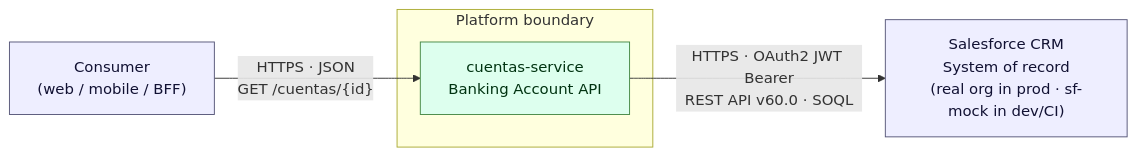
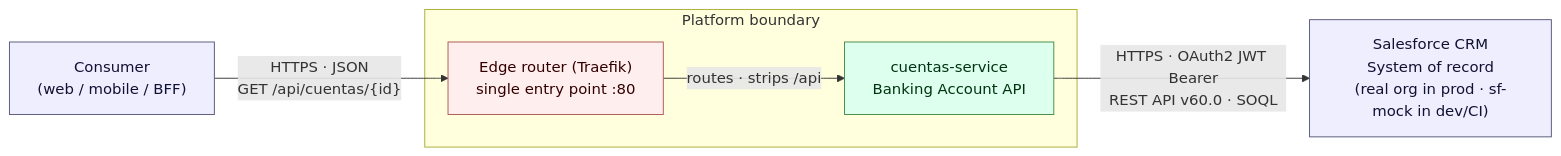
Before and after one commit to pag6606/mock-services-sf: the first of 10 diagrams in docs/architecture.md, drawn with Mermaid. The commit also changed other lines of this file and 5 other files, not shown here.

First line of the commit message:
feat: añadir Traefik como edge router y documentar la topología

````diff
--- a/docs/architecture.md
+++ b/docs/architecture.md
@@ -43,16 +49,20 @@
 ```mermaid
 flowchart LR
     consumer["Consumer<br/>(web / mobile / BFF)"]
     subgraph platform["Platform boundary"]
+        gw["Edge router (Traefik)<br/>single entry point :80"]
         cuentas["cuentas-service<br/>Banking Account API"]
+        gw -->|"routes · strips /api"| cuentas
     end
     crm["Salesforce CRM<br/>System of record<br/>(real org in prod · sf-mock in dev/CI)"]
 
-    consumer -->|"HTTPS · JSON<br/>GET /cuentas/{id}"| cuentas
+    consumer -->|"HTTPS · JSON<br/>GET /api/cuentas/{id}"| gw
     cuentas -->|"HTTPS · OAuth2 JWT Bearer<br/>REST API v60.0 · SOQL"| crm
 
     classDef ext fill:#eef,stroke:#557,color:#113;
     classDef sys fill:#dfe,stroke:#484,color:#031;
+    classDef edge fill:#fee,stroke:#a55,color:#300;
     class consumer,crm ext;
     class cuentas sys;
+    class gw edge;
 ```
````
